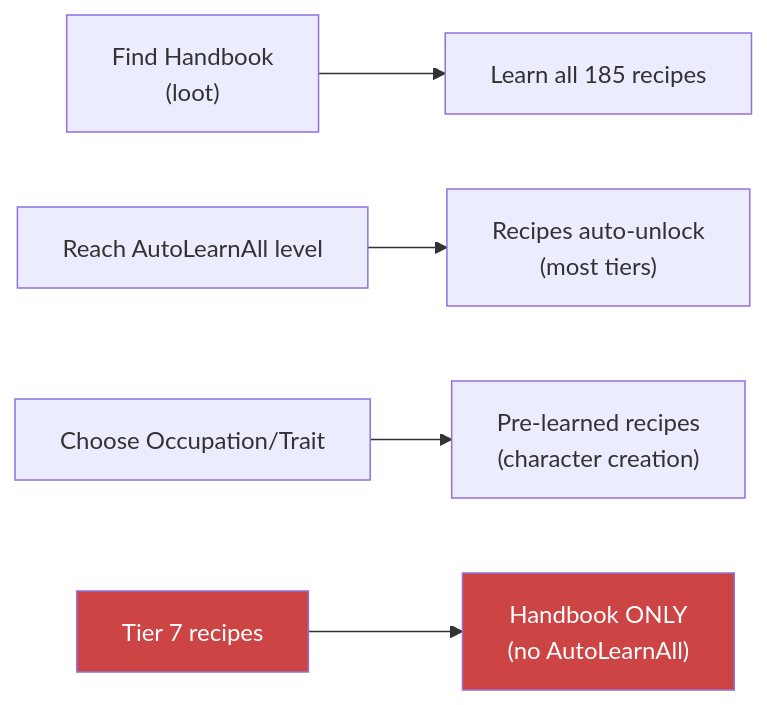
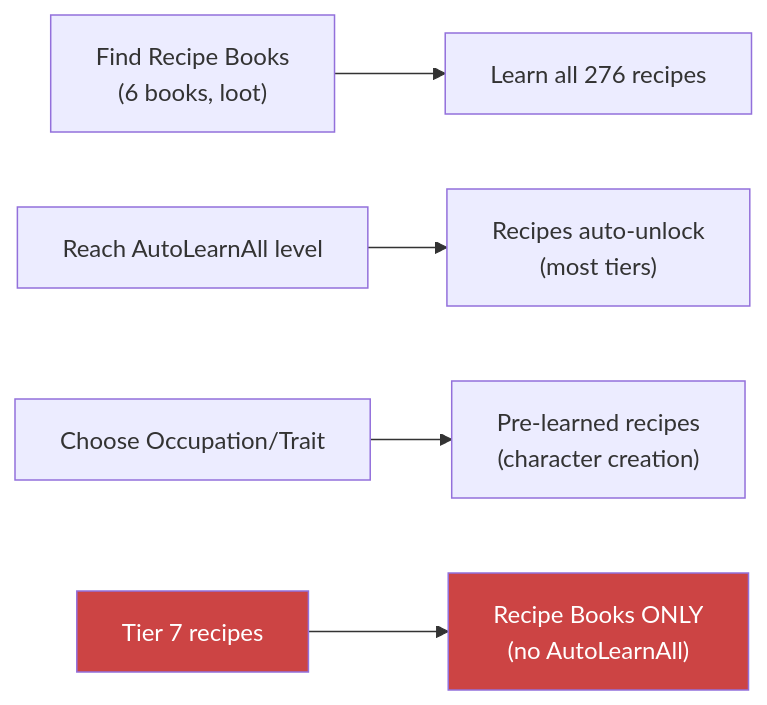
One commit to phobos-dthorga/mod-pz-chemistry-pathways changed the diagram in docs/mermaid-src/learning-paths.mmd. Above: the diagram before and after it, drawn with Mermaid. The commit also changed 23 other files, not shown here.

First line of the commit message:
docs: update all documentation and diagrams for v1.2.0 release

```diff
--- a/docs/mermaid-src/learning-paths.mmd
+++ b/docs/mermaid-src/learning-paths.mmd
@@ -1,8 +1,8 @@
 graph LR
-    HB["Find Handbook<br/>(loot)"] --> LEARN["Learn all 185 recipes"]
+    HB["Find Recipe Books<br/>(6 books, loot)"] --> LEARN["Learn all 276 recipes"]
     LEVEL["Reach AutoLearnAll level"] --> AUTO["Recipes auto-unlock<br/>(most tiers)"]
     CREATE["Choose Occupation/Trait"] --> GRANT["Pre-learned recipes<br/>(character creation)"]
-    T7["Tier 7 recipes"] --> HB_ONLY["Handbook ONLY<br/>(no AutoLearnAll)"]
+    T7["Tier 7 recipes"] --> HB_ONLY["Recipe Books ONLY<br/>(no AutoLearnAll)"]
 
     style T7 fill:#c44,color:#fff
     style HB_ONLY fill:#c44,color:#fff
```
